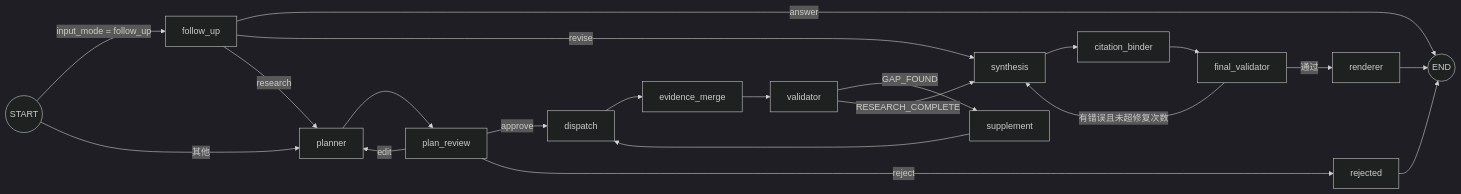
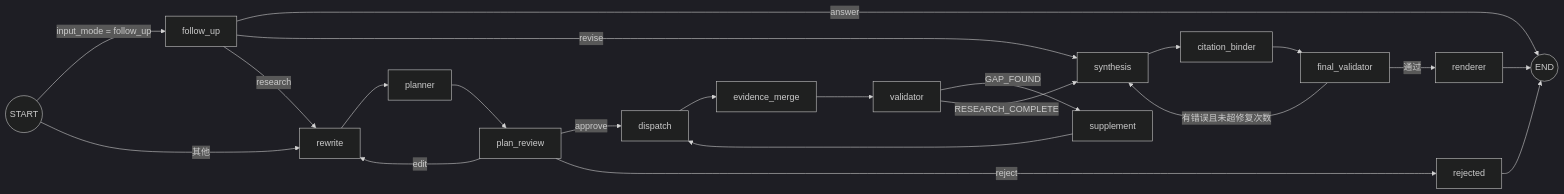
Before and after one commit to wyzz973/deer-flow: the third of 5 diagrams in docs/deepresearch/ARCHITECTURE.md, drawn with Mermaid (dark theme). The commit also changed other lines of this file and 84 other files, not shown here.

````diff
--- a/docs/deepresearch/ARCHITECTURE.md
+++ b/docs/deepresearch/ARCHITECTURE.md
@@ -148,18 +161,19 @@
 ```mermaid
 flowchart LR
   START((START)) -->|input_mode = follow_up| FU[follow_up]
-  START -->|其他| PL[planner]
+  START -->|其他| RW[rewrite]
+  RW --> PL[planner]
   FU -->|answer| E((END))
   FU -->|revise| SY[synthesis]
-  FU -->|research| PL
+  FU -->|research| RW
   PL --> RV[plan_review]
-  RV -->|edit| PL
+  RV -->|edit| RW
   RV -->|approve| DI[dispatch]
   RV -->|reject| RJ[rejected] --> E
   DI --> ME[evidence_merge] --> VA[validator]
   VA -->|GAP_FOUND| SU[supplement] --> DI
   VA -->|RESEARCH_COMPLETE| SY
   SY --> CB[citation_binder] --> FV[final_validator]
   FV -->|有错误且未超修复次数| SY
   FV -->|通过| RE[renderer] --> E
 ```
````
